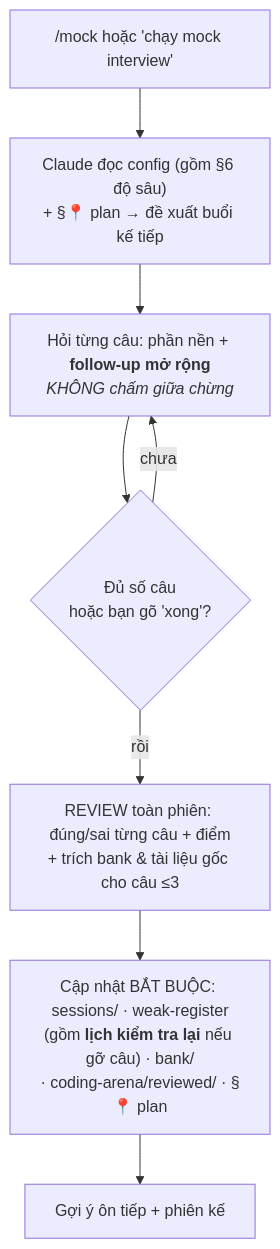
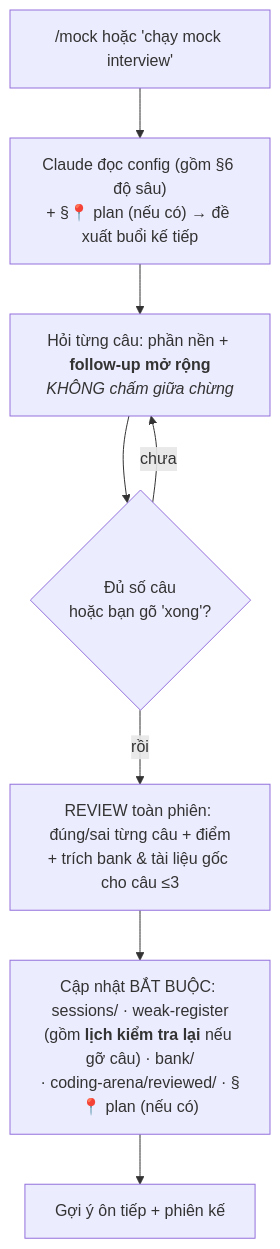
One commit to gia0901/Embedded-Knowledge changed the diagram in 14-prep/mock-interview/README.md. Above: the diagram before and after it, drawn with Mermaid. The commit also changed other lines of this file and 51 other files, not shown here.

````diff
--- a/14-prep/mock-interview/README.md
+++ b/14-prep/mock-interview/README.md
@@ -38,10 +38,10 @@
 ```mermaid
 flowchart TD
-    A["/mock hoặc 'chạy mock interview'"] --> B["Claude đọc config (gồm §6 độ sâu)<br/>+ §📍 plan → đề xuất buổi kế tiếp"]
+    A["/mock hoặc 'chạy mock interview'"] --> B["Claude đọc config (gồm §6 độ sâu)<br/>+ §📍 plan (nếu có) → đề xuất buổi kế tiếp"]
     B --> C["Hỏi từng câu: phần nền + <b>follow-up mở rộng</b><br/><i>KHÔNG chấm giữa chừng</i>"]
     C --> D{"Đủ số câu<br/>hoặc bạn gõ 'xong'?"}
     D -->|chưa| C
     D -->|rồi| E["REVIEW toàn phiên: đúng/sai từng câu + điểm<br/>+ trích bank & tài liệu gốc cho câu ≤3"]
-    E --> F["Cập nhật BẮT BUỘC: sessions/ · weak-register<br/>(gồm <b>lịch kiểm tra lại</b> nếu gỡ câu) · bank/<br/>· coding-arena/reviewed/ · §📍 plan"]
+    E --> F["Cập nhật BẮT BUỘC: sessions/ · weak-register<br/>(gồm <b>lịch kiểm tra lại</b> nếu gỡ câu) · bank/<br/>· coding-arena/reviewed/ · §📍 plan (nếu có)"]
     F --> G["Gợi ý ôn tiếp + phiên kế"]
 ```
````
